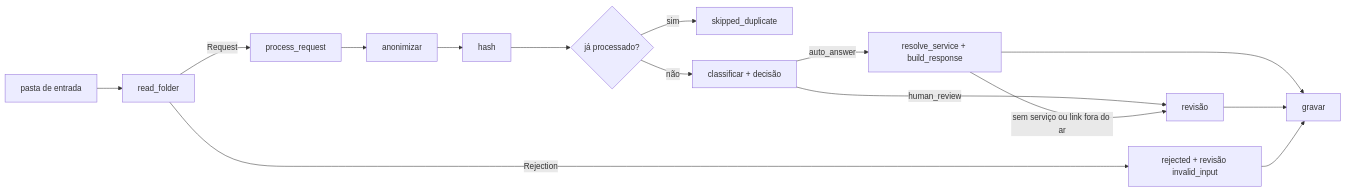
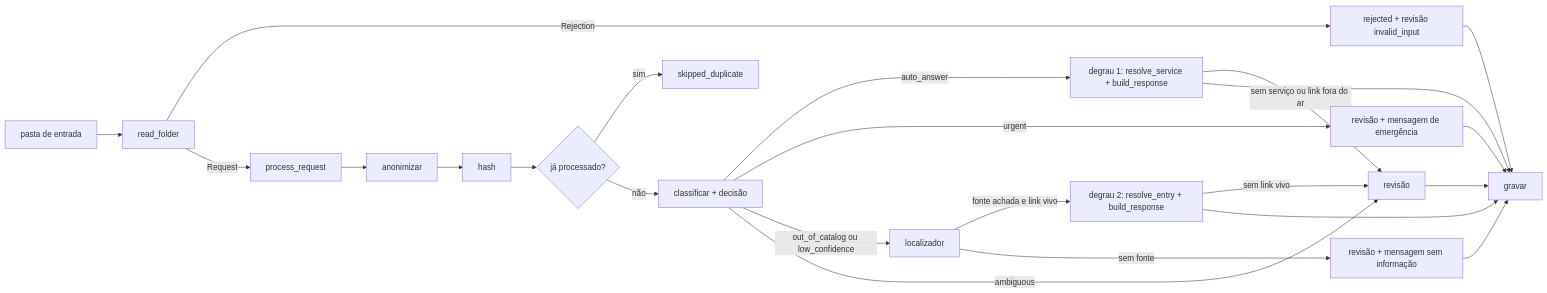
The diagram in specs/arquitetura/04.03-orquestracao-rpa.md (entregas-faculdade/GS-RPA-2S), drawn with Mermaid before and after one commit. The commit also changed other lines of this file and 10 other files, not shown here.

````diff
--- a/specs/arquitetura/04.03-orquestracao-rpa.md
+++ b/specs/arquitetura/04.03-orquestracao-rpa.md
@@ -24,15 +24,23 @@
 ```mermaid
 flowchart LR
   F[pasta de entrada] --> I[read_folder]
   I -->|Rejection| X[rejected + revisão invalid_input]
   I -->|Request| P[process_request]
   P --> A[anonimizar] --> H[hash] --> D{já processado?}
   D -->|sim| S[skipped_duplicate]
   D -->|não| C[classificar + decisão]
-  C -->|auto_answer| R[resolve_service + build_response]
-  C -->|human_review| Q[revisão]
+  C -->|auto_answer| R[degrau 1: resolve_service + build_response]
+  C -->|urgent| E[revisão + mensagem de emergência]
+  C -->|out_of_catalog ou low_confidence| L[localizador]
+  L -->|fonte achada e link vivo| R2[degrau 2: resolve_entry + build_response]
+  L -->|sem fonte| N[revisão + mensagem sem informação]
+  C -->|ambiguous| Q[revisão]
   R -->|sem serviço ou link fora do ar| Q
+  R2 -->|sem link vivo| Q
+  R2 --> G
+  E --> G
+  N --> G
   R --> G[gravar]
   Q --> G
   X --> G
 ```
````
